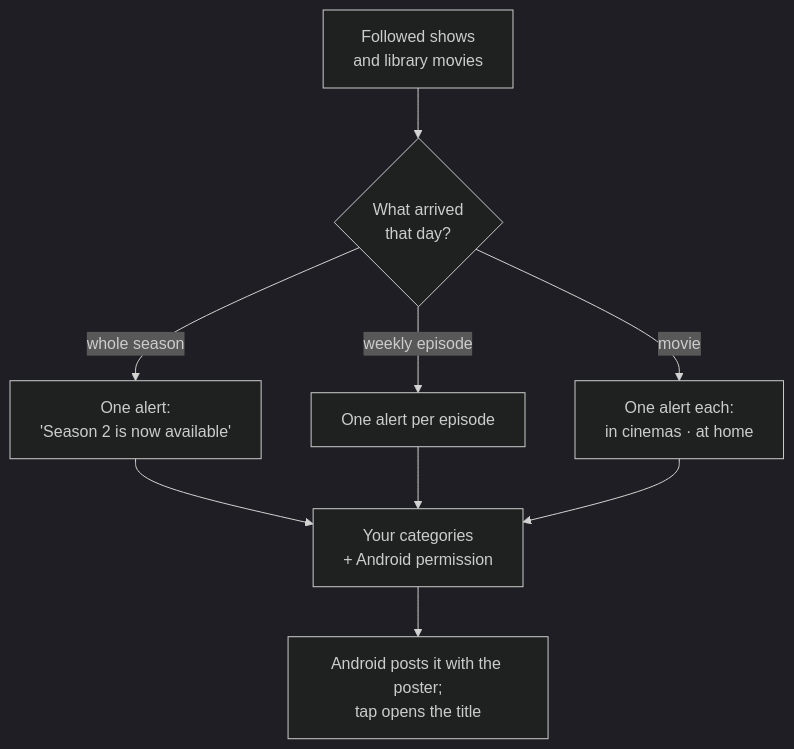
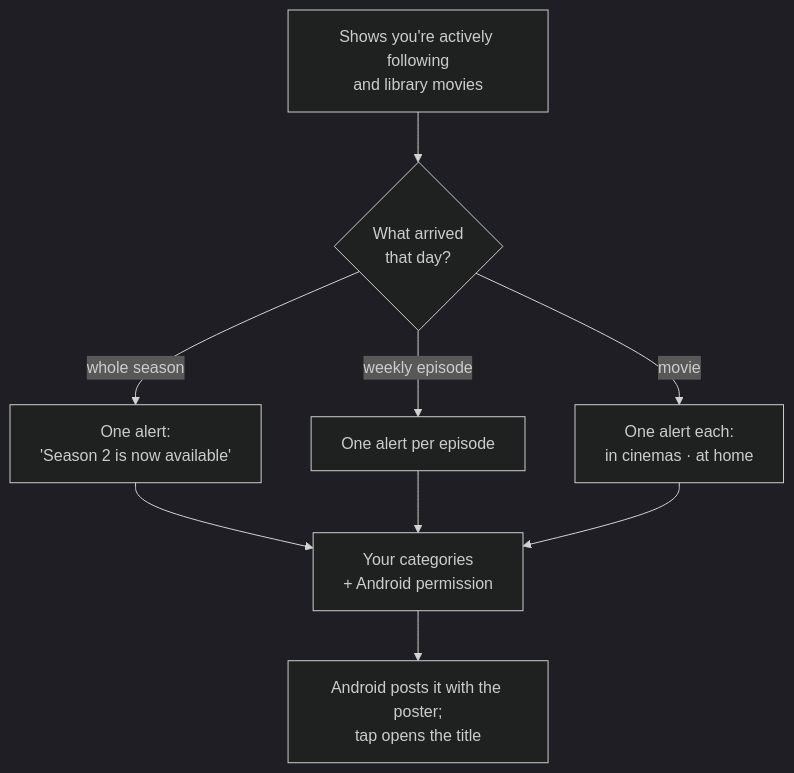
Before and after one commit to AtharvaK14/WatchTime: the fourth of 4 diagrams in README.md, drawn with Mermaid (dark theme). The commit also changed other lines of this file and 13 other files, not shown here.

````diff
--- a/README.md
+++ b/README.md
@@ -133,9 +135,9 @@
 ```mermaid
 flowchart TB
-    LIB["Followed shows<br/>and library movies"] --> EV{"What arrived<br/>that day?"}
+    LIB["Shows you're actively following<br/>and library movies"] --> EV{"What arrived<br/>that day?"}
     EV -- whole season --> ONE["One alert:<br/>'Season 2 is now available'"]
     EV -- weekly episode --> EACH["One alert per episode"]
     EV -- movie --> MOV["One alert each:<br/>in cinemas · at home"]
     ONE & EACH & MOV --> PREF["Your categories<br/>+ Android permission"]
     PREF --> OS["Android posts it with the poster;<br/>tap opens the title"]
 ```
````
